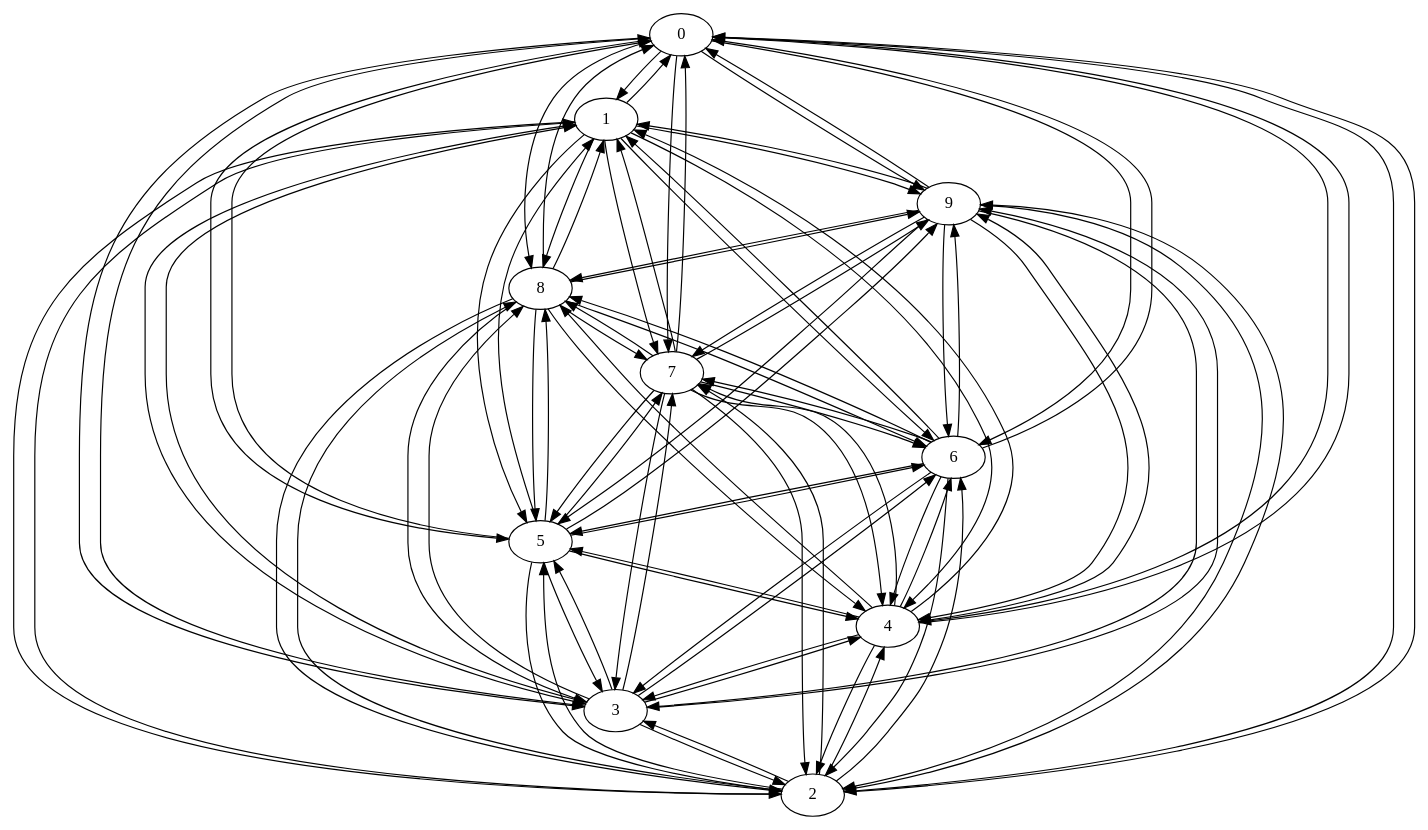
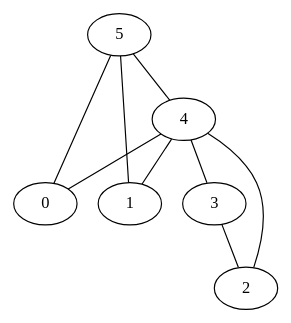
The diagram in graph.dot (RafaelMarotta/trabalho-final-grafos), drawn with Graphviz before and after one commit. The commit also changed 3 other files, not shown here.

Commit message:
add tarjan util to check bridges in a graph

```diff
--- a/graph.dot
+++ b/graph.dot
@@ -1,134 +1,36 @@
 /* Created by igraph 0.10.2 */
-digraph {
+graph {
   0 [
     label=0
     weight=0
   ];
   1 [
     label=1
     weight=1
   ];
   2 [
     label=2
     weight=2
   ];
   3 [
     label=3
     weight=3
   ];
   4 [
     label=4
     weight=4
   ];
   5 [
     label=5
     weight=5
   ];
-  6 [
-    label=6
-    weight=6
-  ];
-  7 [
-    label=7
-    weight=7
-  ];
-  8 [
-    label=8
-    weight=8
-  ];
-  9 [
-    label=9
-    weight=9
-  ];
 
-  0 -> 1;
-  0 -> 2;
-  0 -> 3;
-  0 -> 4;
-  0 -> 5;
-  0 -> 6;
-  0 -> 7;
-  0 -> 8;
-  0 -> 9;
-  1 -> 0;
-  1 -> 2;
-  1 -> 3;
-  1 -> 4;
-  1 -> 5;
-  1 -> 6;
-  1 -> 7;
-  1 -> 8;
-  1 -> 9;
-  2 -> 0;
-  2 -> 1;
-  2 -> 3;
-  2 -> 4;
-  2 -> 5;
-  2 -> 6;
-  2 -> 7;
-  2 -> 8;
-  2 -> 9;
-  3 -> 0;
-  3 -> 1;
-  3 -> 2;
-  3 -> 4;
-  3 -> 5;
-  3 -> 6;
-  3 -> 7;
-  3 -> 8;
-  3 -> 9;
-  4 -> 0;
-  4 -> 1;
-  4 -> 2;
-  4 -> 3;
-  4 -> 5;
-  4 -> 6;
-  4 -> 7;
-  4 -> 8;
-  4 -> 9;
-  5 -> 0;
-  5 -> 1;
-  5 -> 2;
-  5 -> 3;
-  5 -> 4;
-  5 -> 6;
-  5 -> 7;
-  5 -> 8;
-  5 -> 9;
-  6 -> 0;
-  6 -> 1;
-  6 -> 2;
-  6 -> 3;
-  6 -> 4;
-  6 -> 5;
-  6 -> 7;
-  6 -> 8;
-  6 -> 9;
-  7 -> 0;
-  7 -> 1;
-  7 -> 2;
-  7 -> 3;
-  7 -> 4;
-  7 -> 5;
-  7 -> 6;
-  7 -> 8;
-  7 -> 9;
-  8 -> 0;
-  8 -> 1;
-  8 -> 2;
-  8 -> 3;
-  8 -> 4;
-  8 -> 5;
-  8 -> 6;
-  8 -> 7;
-  8 -> 9;
-  9 -> 0;
-  9 -> 1;
-  9 -> 2;
-  9 -> 3;
-  9 -> 4;
-  9 -> 5;
-  9 -> 6;
-  9 -> 7;
-  9 -> 8;
+  4 -- 0;
+  5 -- 0;
+  4 -- 1;
+  5 -- 1;
+  3 -- 2;
+  4 -- 2;
+  5 -- 4;
+  4 -- 3;
 }
```
